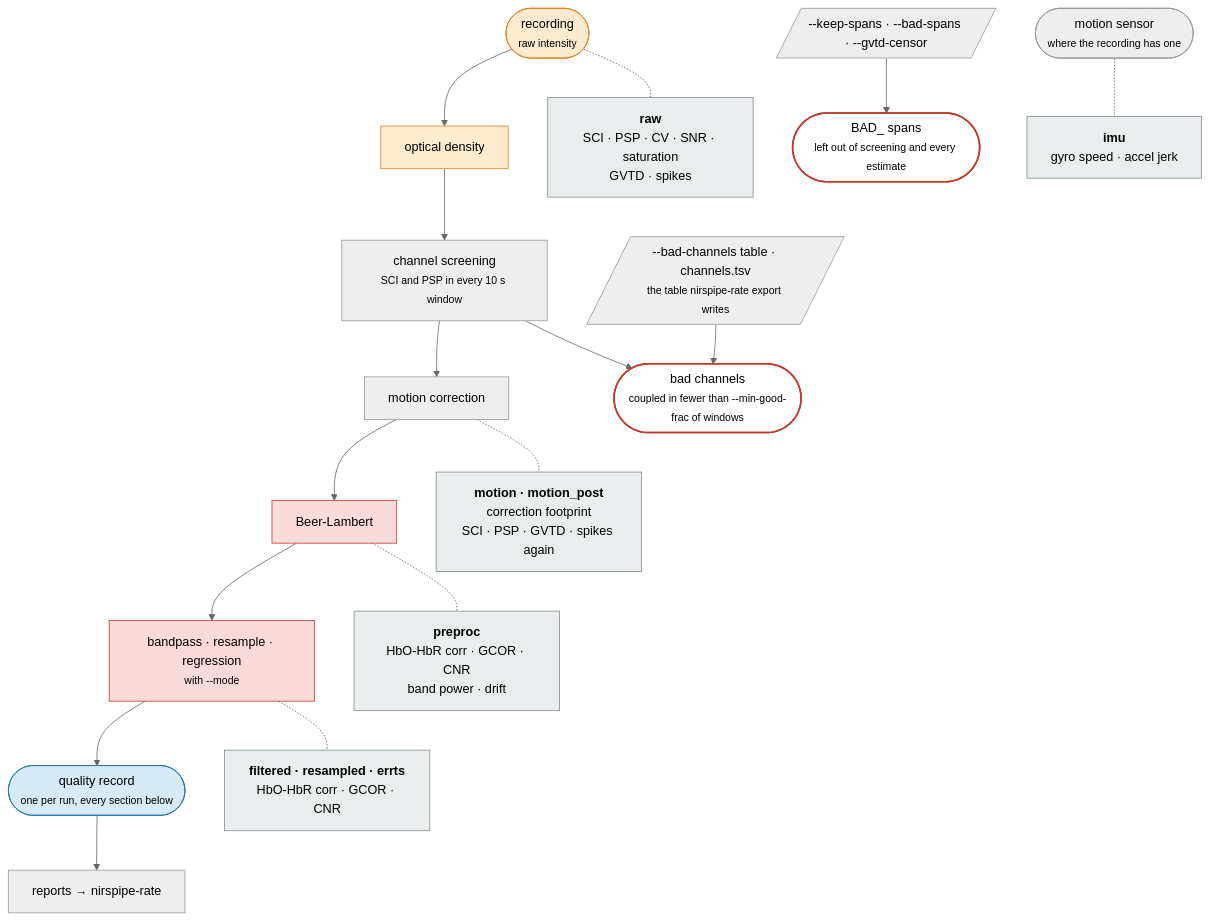
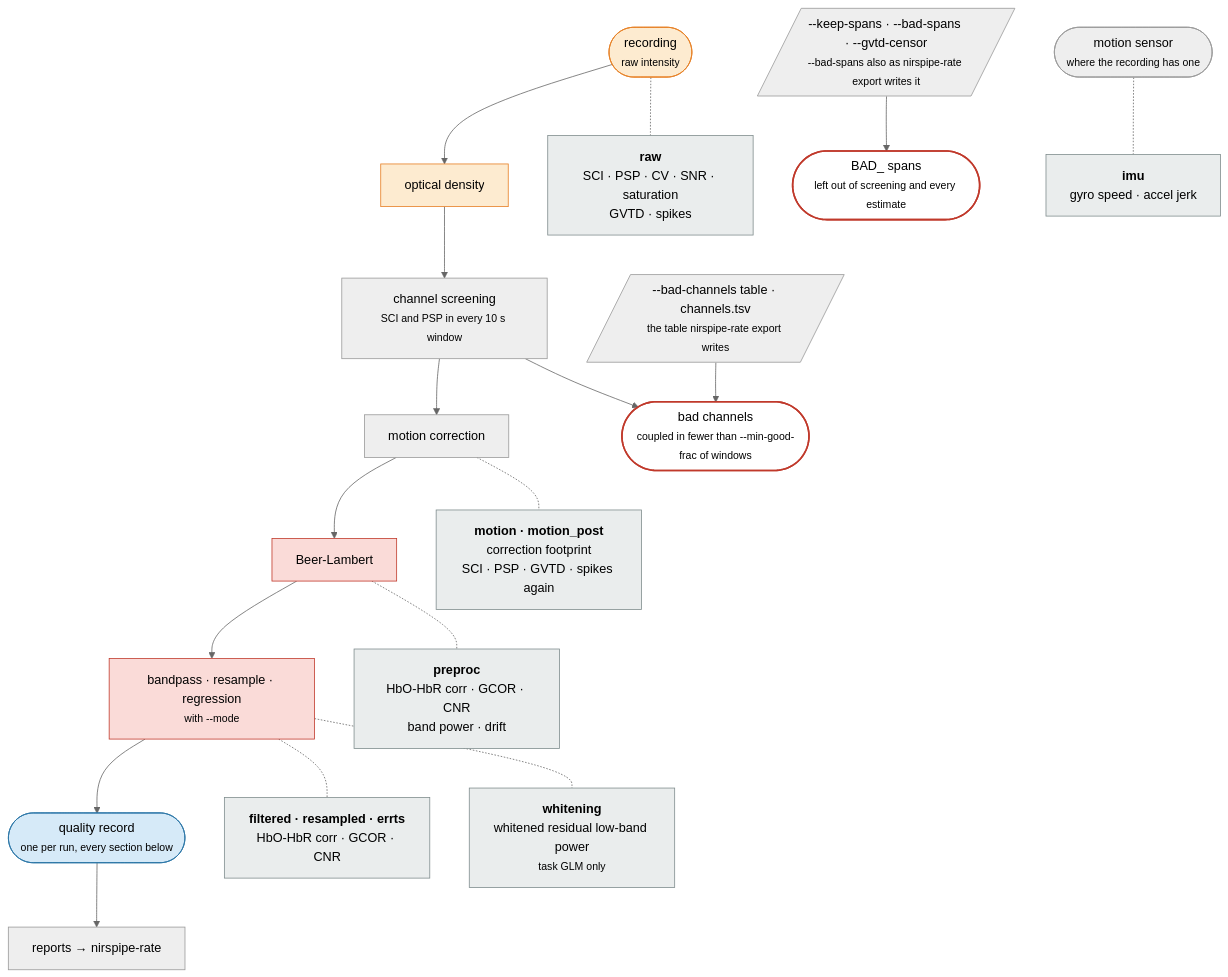
One commit to AU-CONNECT-Lab/NIRSPipe changed the diagram in docs/qc.md. Above: the diagram before and after it, drawn with Mermaid (neutral theme). The commit also changed other lines of this file and 1 other file, not shown here.

Commit message:
feat(whitening): add whitening metrics to QC documentation and metrics group

````diff
--- a/docs/qc.md
+++ b/docs/qc.md
@@ -48,33 +48,34 @@
 ```mermaid
 flowchart TD
     REC(["recording<br/><small>raw intensity</small>"])
     OD["optical density"]
     SCR["channel screening<br/><small>SCI and PSP in every 10 s window</small>"]
     MC["motion correction"]
     BL["Beer-Lambert"]
     POST["bandpass · resample · regression<br/><small>with --mode</small>"]
     SQM(["quality record<br/><small>one per run, every section below</small>"])
     REP["reports → nirspipe-rate"]
 
     REC --> OD --> SCR --> MC --> BL --> POST --> SQM --> REP
 
     REC -.- M1["<b>raw</b><br/>SCI · PSP · CV · SNR · saturation<br/>GVTD · spikes"]
     SCR --> BAD(["bad channels<br/><small>coupled in fewer than --min-good-frac of windows</small>"])
     TAB[/"--bad-channels table · channels.tsv<br/><small>the table nirspipe-rate export writes</small>"/] --> BAD
-    SPIN[/"--keep-spans · --bad-spans · --gvtd-censor"/] --> SPANS(["BAD_ spans<br/><small>left out of screening and every estimate</small>"])
+    SPIN[/"--keep-spans · --bad-spans · --gvtd-censor<br/><small>--bad-spans also as nirspipe-rate export writes it</small>"/] --> SPANS(["BAD_ spans<br/><small>left out of screening and every estimate</small>"])
     MC -.- M2["<b>motion · motion_post</b><br/>correction footprint<br/>SCI · PSP · GVTD · spikes again"]
     BL -.- M3["<b>preproc</b><br/>HbO-HbR corr · GCOR · CNR<br/>band power · drift"]
     POST -.- M4["<b>filtered · resampled · errts</b><br/>HbO-HbR corr · GCOR · CNR"]
+    POST -.- M6["<b>whitening</b><br/>whitened residual low-band power<br/><small>task GLM only</small>"]
     SENS(["motion sensor<br/><small>where the recording has one</small>"]) -.- M5["<b>imu</b><br/>gyro speed · accel jerk"]
 
     classDef od fill:#fdebd0,stroke:#e67e22
     classDef haemo fill:#fadbd8,stroke:#c0392b
     classDef side fill:#eaeded,stroke:#7f8c8d
     classDef derivative fill:#d6eaf8,stroke:#2874a6
     classDef acts fill:#ffffff,stroke:#c0392b,stroke-width:2px
     class REC,OD od
     class BL,POST haemo
-    class M1,M2,M3,M4,M5 side
+    class M1,M2,M3,M4,M5,M6 side
     class SQM derivative
     class BAD,SPANS acts
 ```
````
